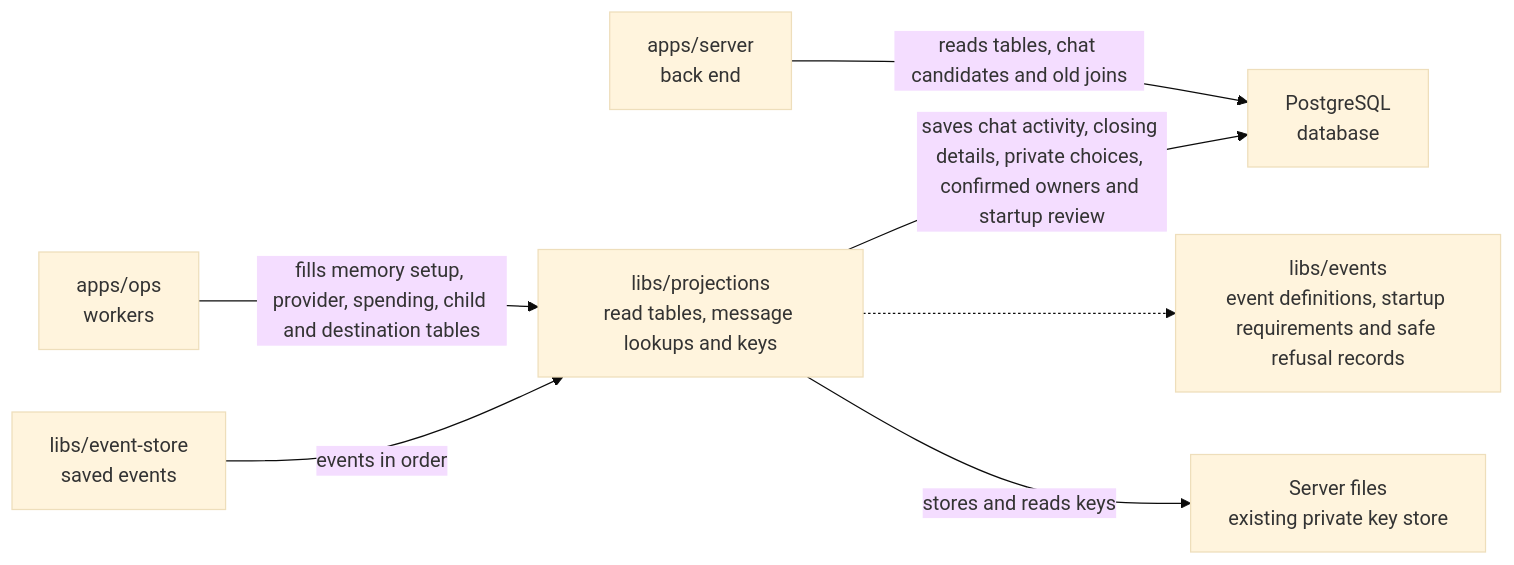
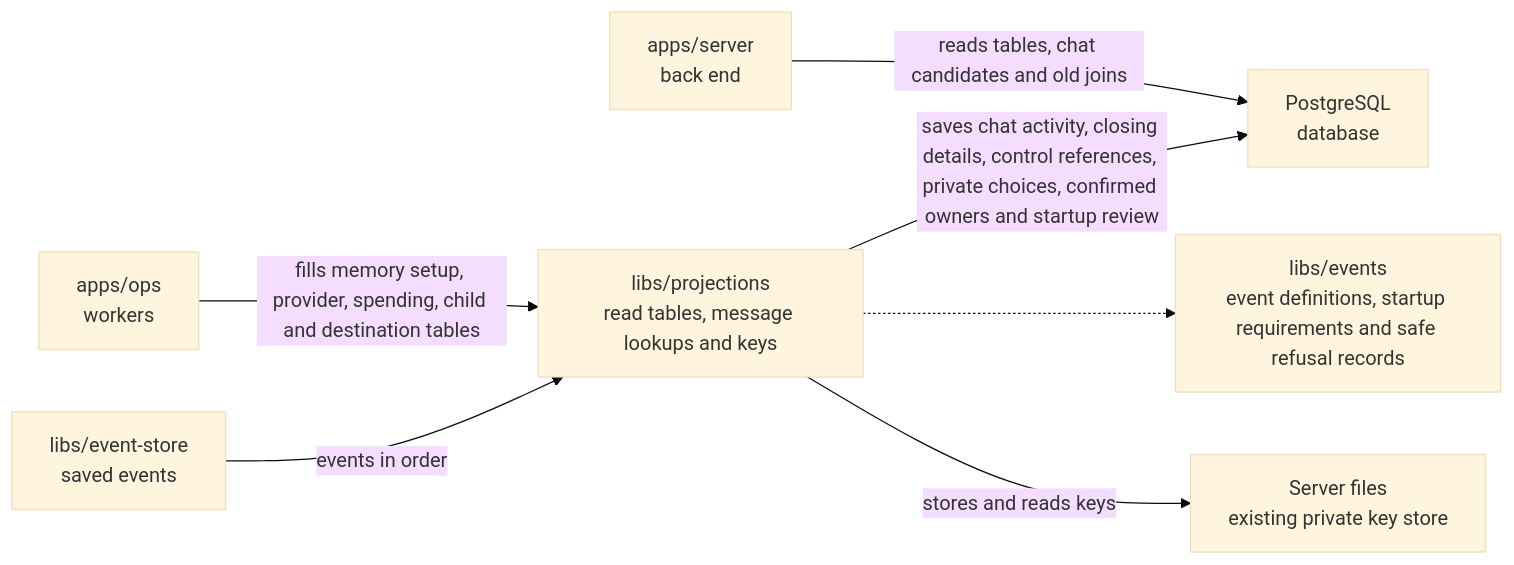
The diagram in libs/projections/README.md (elewa-git/opencrane-new), drawn with Mermaid (base theme) before and after one commit. The commit also changed other lines of this file and 36 other files, not shown here.

````diff
--- a/libs/projections/README.md
+++ b/libs/projections/README.md
@@ -23,9 +23,9 @@
 ```mermaid
 flowchart LR
   ops["apps/ops<br/>workers"] -->|fills memory setup, provider, spending, child and destination tables| projections["libs/projections<br/>read tables, message lookups and keys"]
   server["apps/server<br/>back end"] -->|reads tables, chat candidates and old joins| pg["PostgreSQL<br/>database"]
-  projections -->|saves chat activity, closing details, private choices, confirmed owners and startup review| pg
+  projections -->|saves chat activity, closing details, control references, private choices, confirmed owners and startup review| pg
   store["libs/event-store<br/>saved events"] -->|events in order| projections
   projections -.-> events["libs/events<br/>event definitions, startup requirements and safe refusal records"]
   projections -->|stores and reads keys| keys["Server files<br/>existing private key store"]
 ```
````
